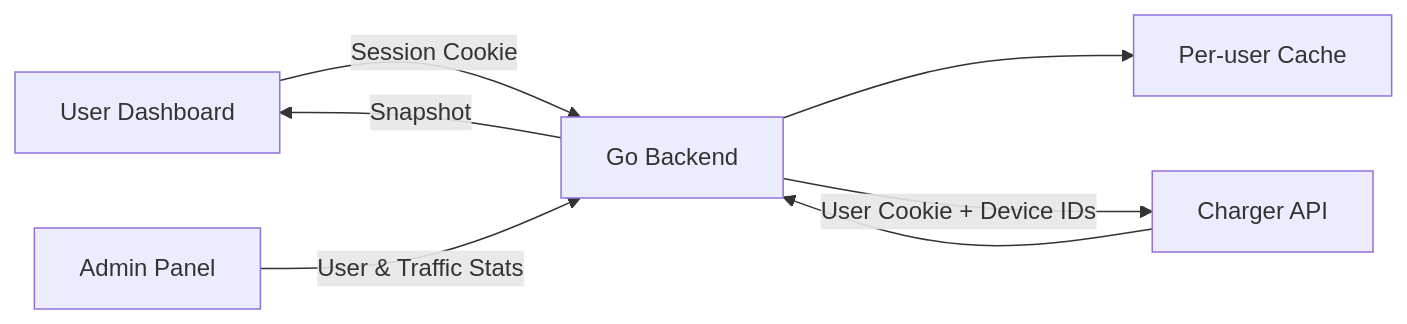
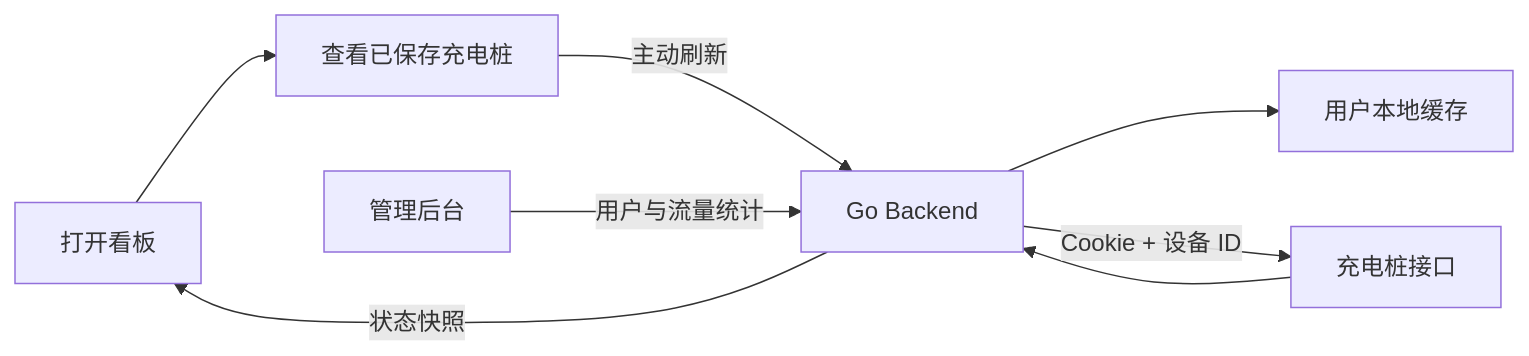
Before and after one commit to ninuan/charge-api: the diagram in README.md, drawn with Mermaid. The commit also changed other lines of this file, not shown here.

````diff
--- a/README.md
+++ b/README.md
@@ -37,9 +40,10 @@
 ```mermaid
 flowchart LR
-  A["User Dashboard"] -->|"Session Cookie"| B["Go Backend"]
-  B --> C["Per-user Cache"]
-  B -->|"User Cookie + Device IDs"| D["Charger API"]
-  D --> B
-  E["Admin Panel"] -->|"User & Traffic Stats"| B
-  B -->|"Snapshot"| A
+  A["打开看板"] --> B["查看已保存充电桩"]
+  B -->|"主动刷新"| C["Go Backend"]
+  C --> D["用户本地缓存"]
+  C -->|"Cookie + 设备 ID"| E["充电桩接口"]
+  E --> C
+  C -->|"状态快照"| A
+  F["管理后台"] -->|"用户与流量统计"| C
 ```
````
